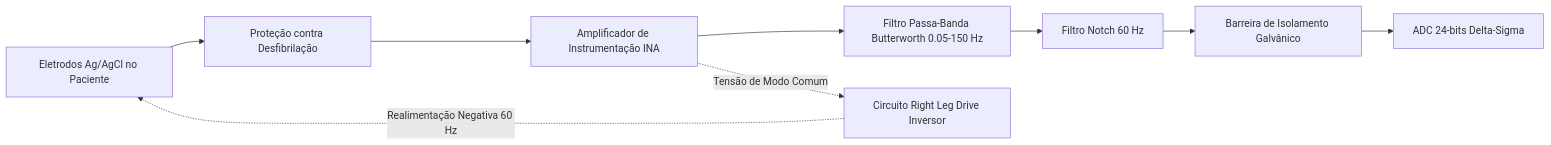
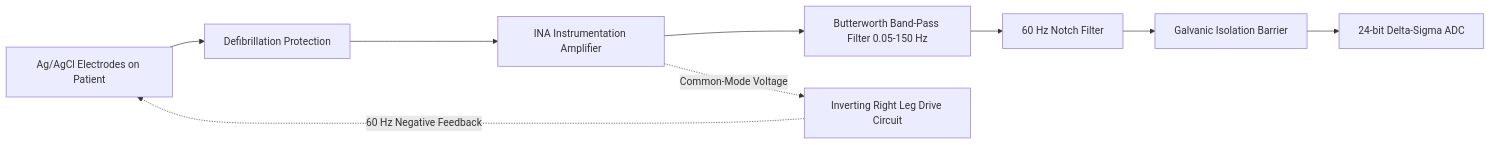
Before and after one commit to dandgabr/Coacus: the diagram in knowledge/skills/domains/academic/academic-biomedical-instrumentation-signals/SKILL.md, drawn with Mermaid. The commit also changed 143 other files, not shown here.

````diff
--- a/knowledge/skills/domains/academic/academic-biomedical-instrumentation-signals/SKILL.md
+++ b/knowledge/skills/domains/academic/academic-biomedical-instrumentation-signals/SKILL.md
@@ -23,11 +23,11 @@
 ```mermaid
 graph LR
-    Body[Eletrodos Ag/AgCl no Paciente] --> Prot[Proteção contra Desfibrilação]
-    Prot --> INA[Amplificador de Instrumentação INA]
-    INA --> Filt[Filtro Passa-Banda Butterworth 0.05-150 Hz]
-    Filt --> Notch[Filtro Notch 60 Hz]
-    Notch --> Iso[Barreira de Isolamento Galvânico]
-    Iso --> ADC[ADC 24-bits Delta-Sigma]
-    INA -.->|Tensão de Modo Comum| RLD[Circuito Right Leg Drive Inversor]
-    RLD -.->|Realimentação Negativa 60 Hz| Body
+    Body[Ag/AgCl Electrodes on Patient] --> Prot[Defibrillation Protection]
+    Prot --> INA[INA Instrumentation Amplifier]
+    INA --> Filt[Butterworth Band-Pass Filter 0.05-150 Hz]
+    Filt --> Notch[60 Hz Notch Filter]
+    Notch --> Iso[Galvanic Isolation Barrier]
+    Iso --> ADC[24-bit Delta-Sigma ADC]
+    INA -.->|Common-Mode Voltage| RLD[Inverting Right Leg Drive Circuit]
+    RLD -.->|60 Hz Negative Feedback| Body
 ```
````
